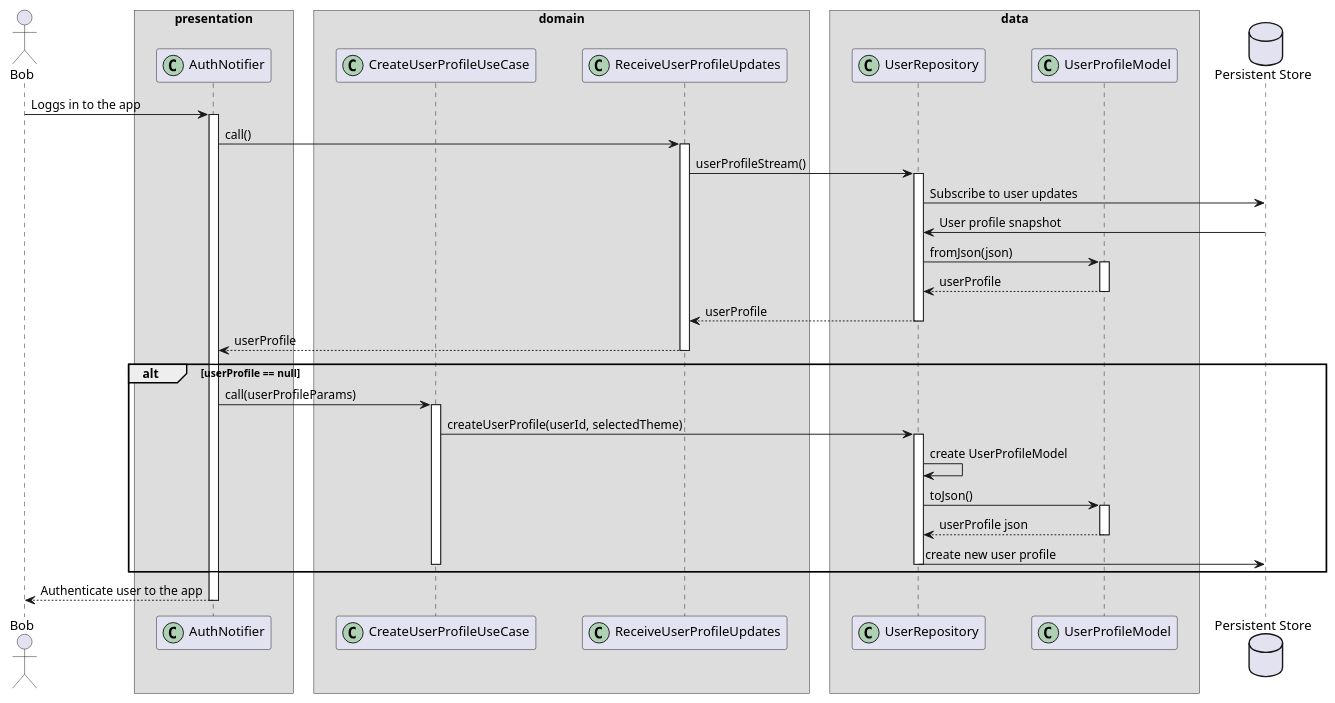
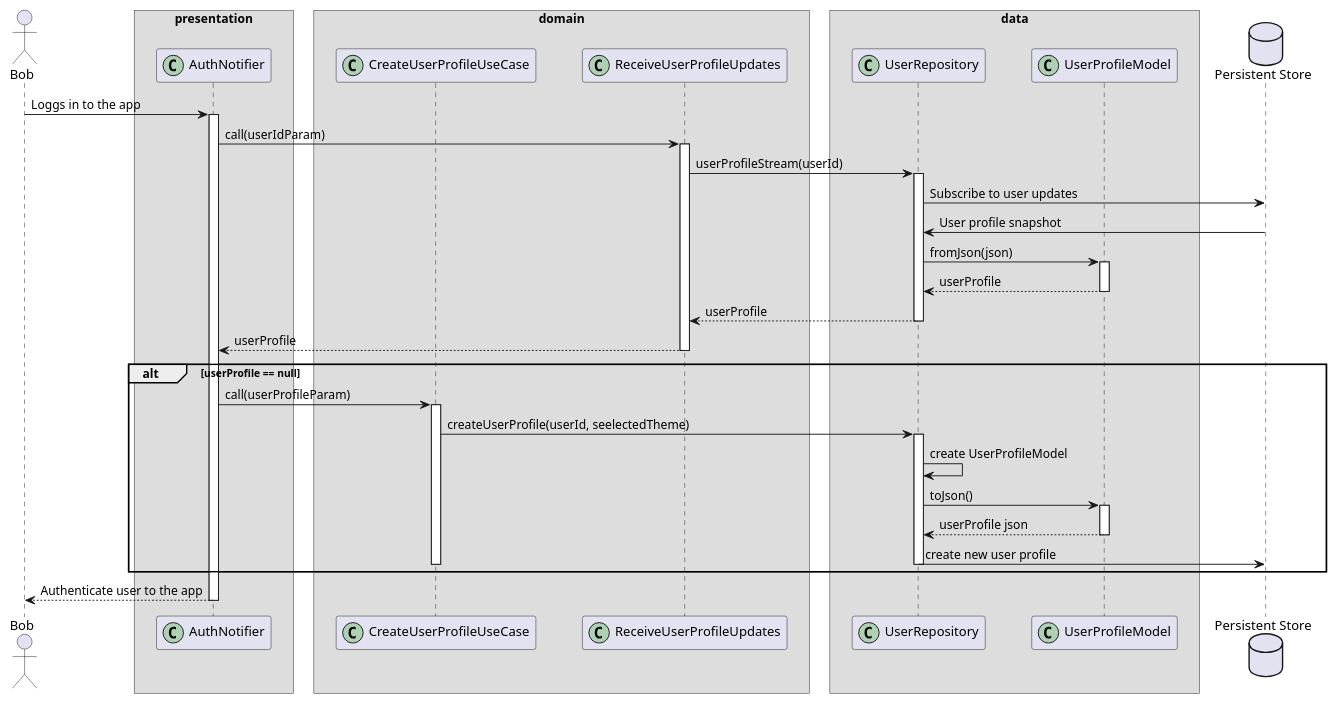
One commit to Flank/flank-dashboard changed the diagram in metrics/web/docs/features/user_profile_theme/diagrams/user_profile_creation_sequence.puml. Above: the diagram before and after it, drawn with PlantUML. The commit also changed 2 other files, not shown here.

```diff
--- a/metrics/web/docs/features/user_profile_theme/diagrams/user_profile_creation_sequence.puml
+++ b/metrics/web/docs/features/user_profile_theme/diagrams/user_profile_creation_sequence.puml
@@ -1,67 +1,67 @@
 @startuml web_layers_sequence_diagram
     skinparam ParticipantPadding 20
     skinparam BoxPadding 10
 
     actor Bob
 
     box "presentation"
         participant AuthNotifier << (C,#ADD1B2) >>
     end box
 
     box "domain"
         participant CreateUserProfileUseCase << (C,#ADD1B2) >>
         participant ReceiveUserProfileUpdates << (C,#ADD1B2) >>
     end box
 
     box "data"
         participant UserRepository << (C,#ADD1B2) >>
         participant UserProfileModel << (C,#ADD1B2) >>
     end box
 
     database "Persistent Store" as PS
 
     Bob -> AuthNotifier : Loggs in to the app
     activate AuthNotifier
 
-    AuthNotifier -> ReceiveUserProfileUpdates : call()
+    AuthNotifier -> ReceiveUserProfileUpdates : call(userIdParam)
     activate ReceiveUserProfileUpdates
 
-    ReceiveUserProfileUpdates -> UserRepository : userProfileStream()
+    ReceiveUserProfileUpdates -> UserRepository : userProfileStream(userId)
     activate UserRepository
 
     UserRepository -> PS : Subscribe to user updates
 
     PS -> UserRepository : User profile snapshot
 
     UserRepository -> UserProfileModel : fromJson(json)
     activate UserProfileModel
 
     return userProfile
     return userProfile
     return userProfile
 
     alt userProfile == null
 
-        AuthNotifier -> CreateUserProfileUseCase : call(userProfileParams)
+        AuthNotifier -> CreateUserProfileUseCase : call(userProfileParam)
 
         activate CreateUserProfileUseCase
-        CreateUserProfileUseCase -> UserRepository : createUserProfile(userId, selectedTheme)
+        CreateUserProfileUseCase -> UserRepository : createUserProfile(userId, seelectedTheme)
         activate UserRepository
         UserRepository -> UserRepository : create UserProfileModel
         UserRepository -> UserProfileModel : toJson()
         activate UserProfileModel
         return userProfile json
         UserRepository -> PS : create new user profile
         deactivate UserRepository
         deactivate CreateUserProfileUseCase
     end
 
     return Authenticate user to the app
 
 
 
     deactivate UserRepository
     deactivate ReceiveUserProfileUpdates
     deactivate AuthNotifier
 
 @enduml
```
